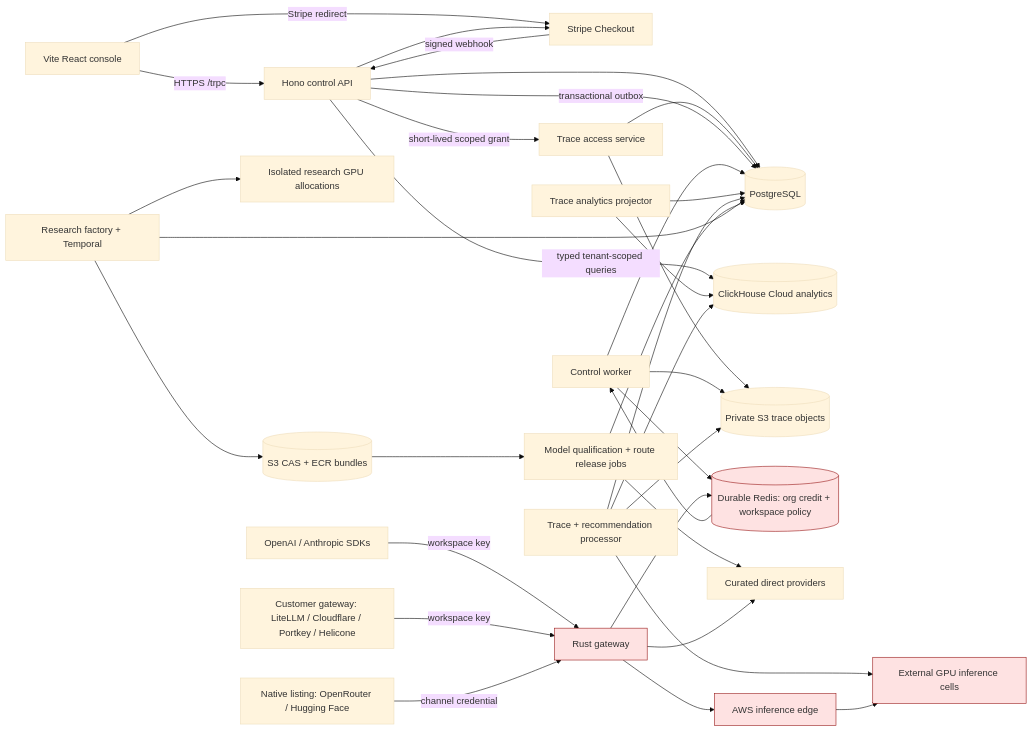
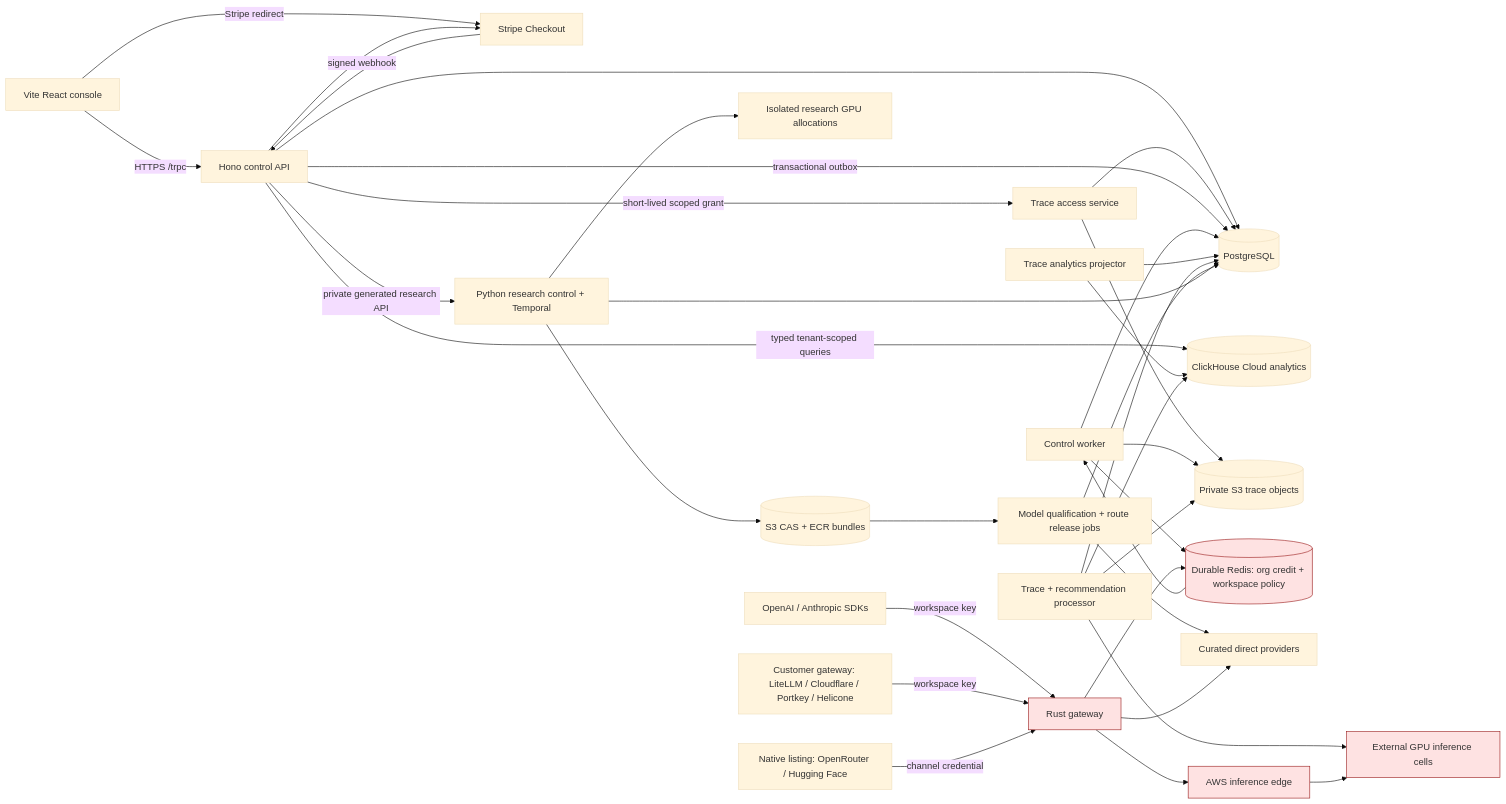
One commit to Gradiated/gradiated changed the first of 2 diagrams in product/docs/ARCHITECTURE.md. Above: the diagram before and after it, drawn with Mermaid (base theme). The commit also changed other lines of this file and 8 other files, not shown here.

````diff
--- a/product/docs/ARCHITECTURE.md
+++ b/product/docs/ARCHITECTURE.md
@@ -5,40 +5,41 @@
 ```mermaid
 flowchart LR
   Browser[Vite React console] -->|HTTPS /trpc| API[Hono control API]
   Browser -->|Stripe redirect| Stripe[Stripe Checkout]
   API --> PG[(PostgreSQL)]
   API -->|typed tenant-scoped queries| CH[(ClickHouse Cloud analytics)]
   API -->|short-lived scoped grant| TraceAccess[Trace access service]
   TraceAccess --> Traces[(Private S3 trace objects)]
   TraceAccess --> PG
   API --> Stripe
+  API -->|private generated research API| Research
   Stripe -->|signed webhook| API
   API -->|transactional outbox| PG
   Worker[Control worker] --> PG
   Worker --> Redis[(Durable Redis: org credit + workspace policy)]
   Redis --> Worker
   Worker --> Traces
   Projector[Trace analytics projector] --> PG
   Projector --> CH
   TraceProcessor[Trace + recommendation processor] --> Traces
   TraceProcessor --> CH
   TraceProcessor --> PG
   TraceProcessor --> Owned[Owned inference evaluation]
   ModelOps[Model qualification + route release jobs] --> PG
   ModelOps --> Providers
-  Research[Research factory + Temporal] --> PG
+  Research[Python research control + Temporal] --> PG
   Research --> Artifacts[(S3 CAS + ECR bundles)]
   Research --> ResearchCompute[Isolated research GPU allocations]
   Artifacts --> ModelOps
 
   Clients[OpenAI / Anthropic SDKs] -->|workspace key| Gateway[Rust gateway]
   CustomerGateway[Customer gateway: LiteLLM / Cloudflare / Portkey / Helicone] -->|workspace key| Gateway
   NativeChannel[Native listing: OpenRouter / Hugging Face] -->|channel credential| Gateway
   Gateway --> Redis
   Gateway --> Providers[Curated direct providers]
   Gateway --> Edge[AWS inference edge]
   Edge --> Owned[External GPU inference cells]
 
   classDef hot fill:#fee2e2,stroke:#991b1b;
   class Gateway,Redis,Edge,Owned hot;
 ```
````
